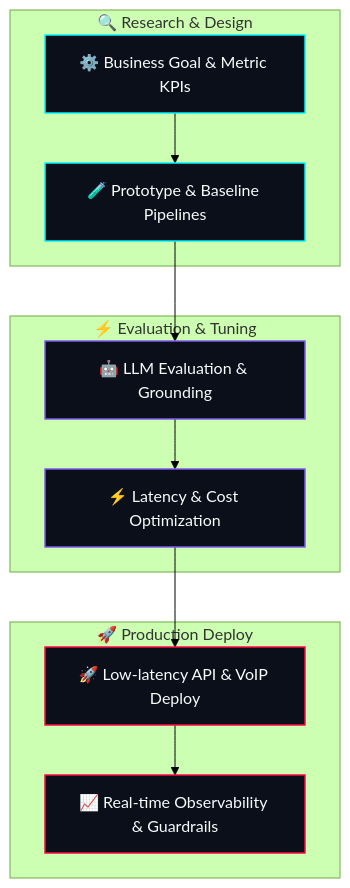
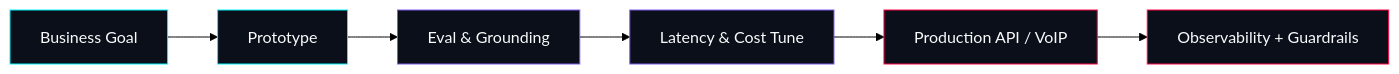
Before and after one commit to pawan941394/pawan941394: the diagram in README.md, drawn with Mermaid (forest theme). The commit also changed other lines of this file and 1 other file, not shown here.

````diff
--- a/README.md
+++ b/README.md
@@ -114,21 +53,15 @@
 ```mermaid
-flowchart TD
-  subgraph Research & Design ["🔍 Research & Design"]
-    A["⚙️ Business Goal & Metric KPIs"] --> B["🧪 Prototype & Baseline Pipelines"]
-  end
-  subgraph Rigorous Evaluation ["⚡ Evaluation & Tuning"]
-    B --> C["🤖 LLM Evaluation & Grounding"]
-    C --> D["⚡ Latency & Cost Optimization"]
-  end
-  subgraph Scale & Production ["🚀 Production Deploy"]
-    D --> E["🚀 Low-latency API & VoIP Deploy"]
-    E --> F["📈 Real-time Observability & Guardrails"]
-  end
+flowchart LR
+  A[Business Goal] --> B[Prototype]
+  B --> C[Eval & Grounding]
+  C --> D[Latency & Cost Tune]
+  D --> E[Production API / VoIP]
+  E --> F[Observability + Guardrails]
 
-  style A fill:#0b0f19,stroke:#00f2fe,stroke-width:1.5px,color:#f8fafc
-  style B fill:#0b0f19,stroke:#00f2fe,stroke-width:1.5px,color:#f8fafc
-  style C fill:#0b0f19,stroke:#7f5aeb,stroke-width:1.5px,color:#f8fafc
-  style D fill:#0b0f19,stroke:#7f5aeb,stroke-width:1.5px,color:#f8fafc
-  style E fill:#0b0f19,stroke:#ff0844,stroke-width:1.5px,color:#f8fafc
-  style F fill:#0b0f19,stroke:#ff0844,stroke-width:1.5px,color:#f8fafc
+  style A fill:#0b0f19,stroke:#00f2fe,color:#f8fafc
+  style B fill:#0b0f19,stroke:#00f2fe,color:#f8fafc
+  style C fill:#0b0f19,stroke:#7f5aeb,color:#f8fafc
+  style D fill:#0b0f19,stroke:#7f5aeb,color:#f8fafc
+  style E fill:#0b0f19,stroke:#ff0844,color:#f8fafc
+  style F fill:#0b0f19,stroke:#ff0844,color:#f8fafc
 ```
````
